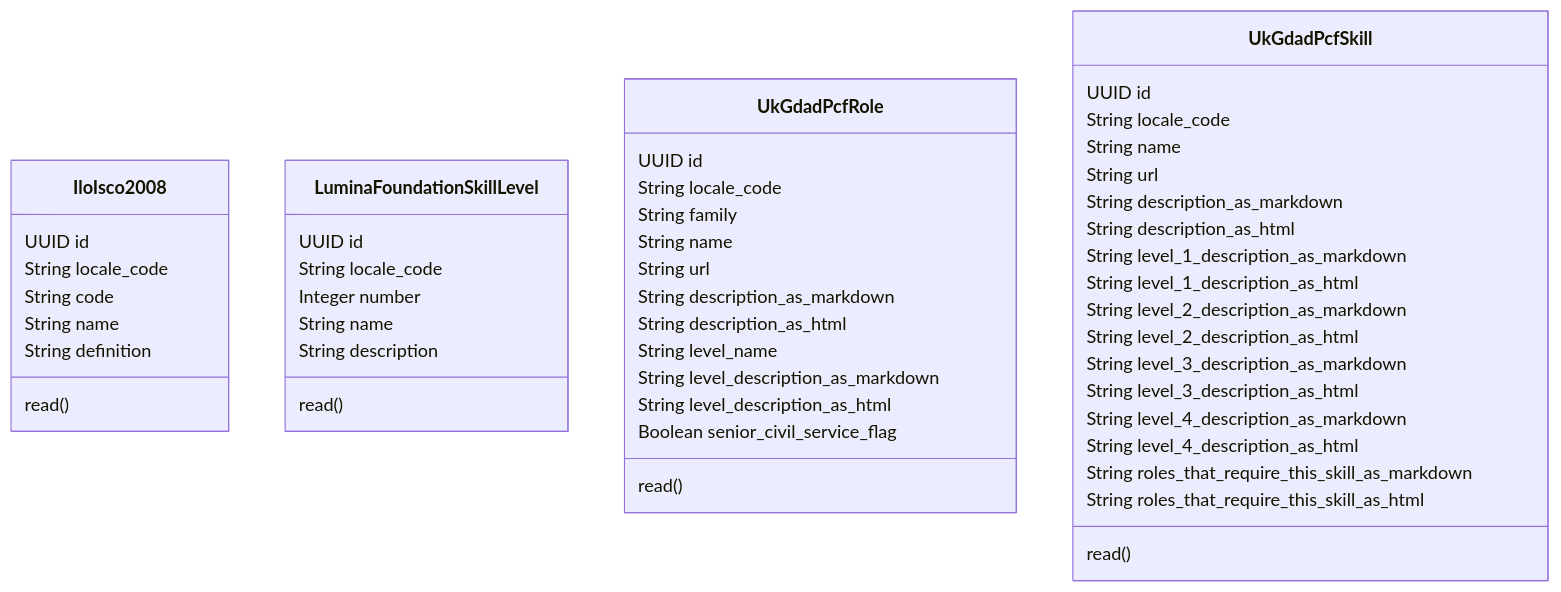
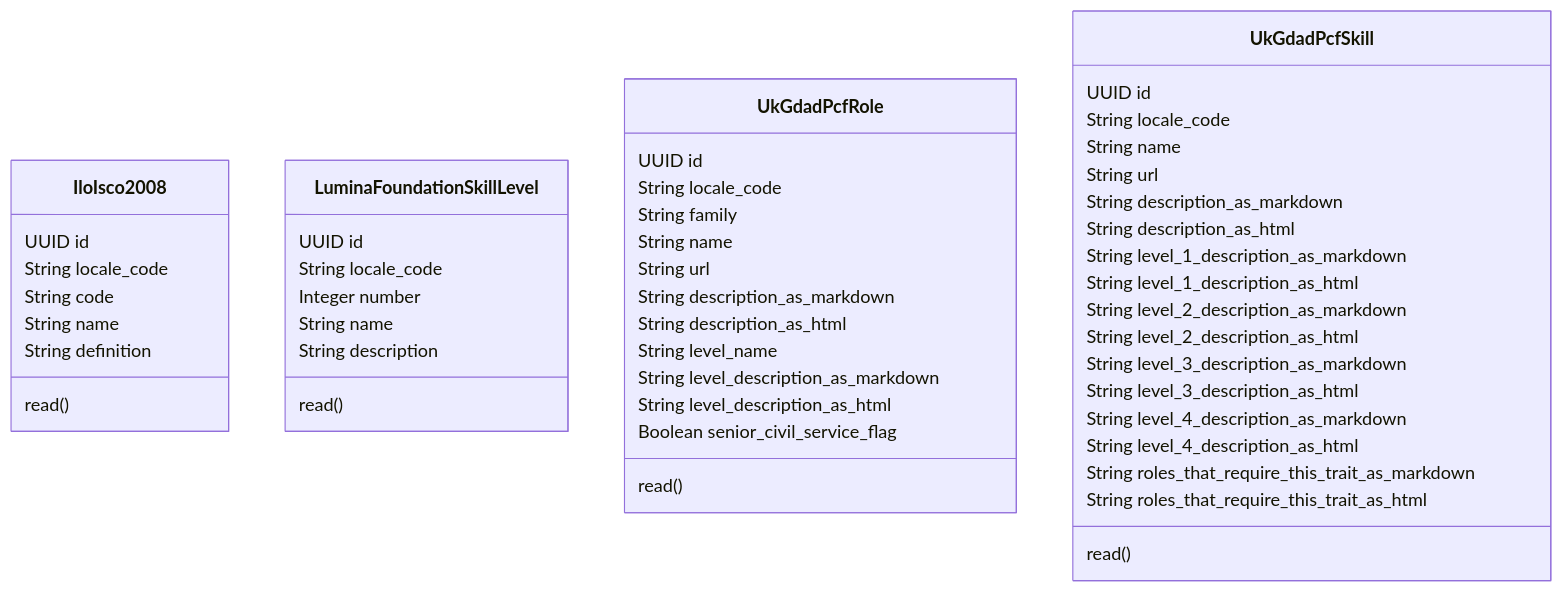
One commit to joelparkerhenderson/navatrack changed the diagram in lib/navatrack/codes-mermaid-class-diagram.mmd. Above: the diagram before and after it, drawn with Mermaid. The commit also changed 70 other files, not shown here.

```diff
--- a/lib/navatrack/codes-mermaid-class-diagram.mmd
+++ b/lib/navatrack/codes-mermaid-class-diagram.mmd
@@ -1,50 +1,50 @@
 classDiagram
     class IloIsco2008 {
         UUID id
         String locale_code
         String code
         String name
         String definition
         read()
     }
     class LuminaFoundationSkillLevel {
         UUID id
         String locale_code
         Integer number
         String name
         String description
         read()
     }
     class UkGdadPcfRole {
         UUID id
         String locale_code
         String family
         String name
         String url
         String description_as_markdown
         String description_as_html
         String level_name
         String level_description_as_markdown
         String level_description_as_html
         Boolean senior_civil_service_flag
         read()
     }
     class UkGdadPcfSkill {
         UUID id
         String locale_code
         String name
         String url
         String description_as_markdown
         String description_as_html
         String level_1_description_as_markdown
         String level_1_description_as_html
         String level_2_description_as_markdown
         String level_2_description_as_html
         String level_3_description_as_markdown
         String level_3_description_as_html
         String level_4_description_as_markdown
         String level_4_description_as_html
-        String roles_that_require_this_skill_as_markdown
-        String roles_that_require_this_skill_as_html
+        String roles_that_require_this_trait_as_markdown
+        String roles_that_require_this_trait_as_html
         read()
     }
```
